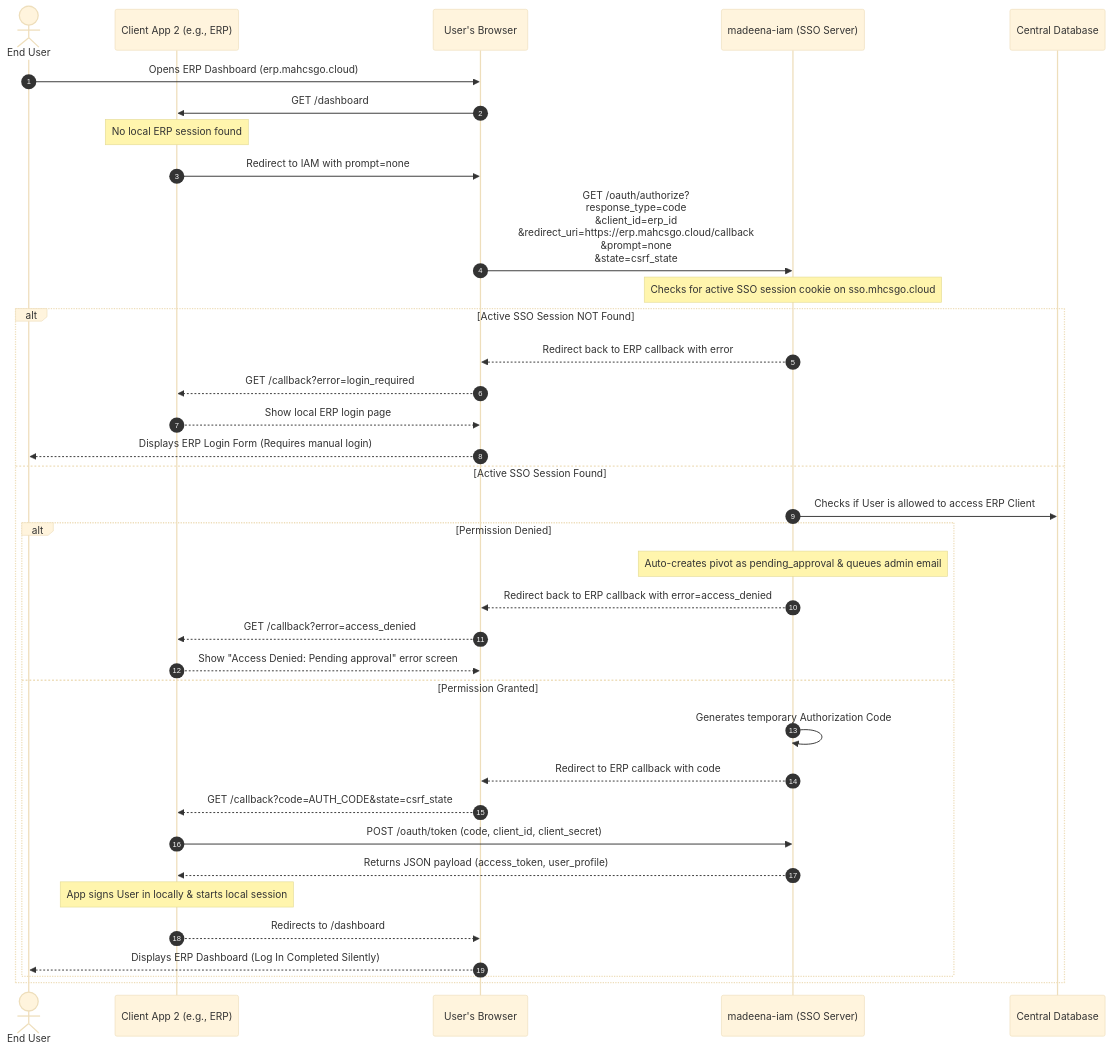
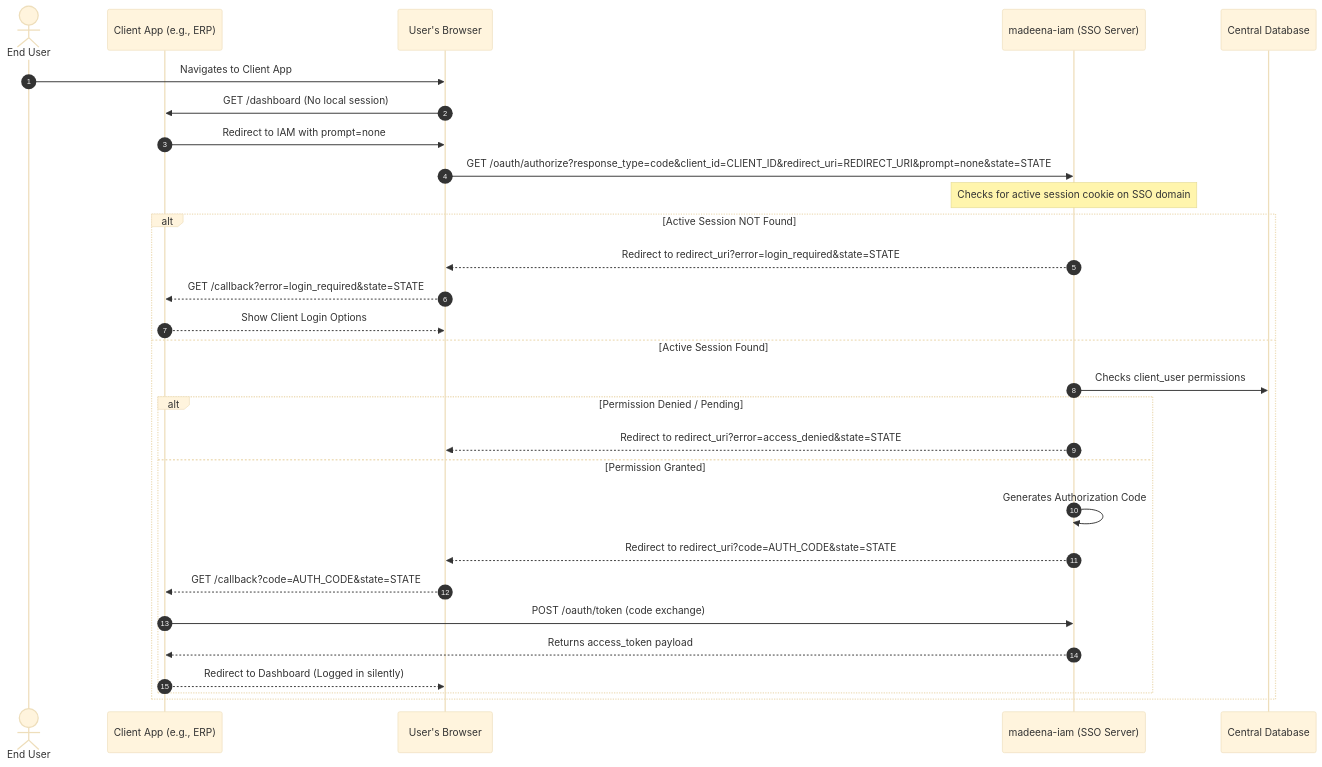
The second of 4 diagrams in docs/madeena_iam_prd.md (Madeena-software/madeena-iam), drawn with Mermaid (base theme) before and after one commit. The commit also changed other lines of this file and 3 other files, not shown here.

Commit message:
docs: reconcile product, repository, and production architecture

````diff
--- a/docs/madeena_iam_prd.md
+++ b/docs/madeena_iam_prd.md
@@ -205,45 +221,34 @@
 ```mermaid
 sequenceDiagram
     autonumber
     actor User as End User
-    participant App as Client App 2 (e.g., ERP)
+    participant App as Client App (e.g., ERP)
     participant Browser as User's Browser
     participant IAM as madeena-iam (SSO Server)
     participant DB as Central Database
 
-    User->>Browser: Opens ERP Dashboard (erp.mahcsgo.cloud)
-    Browser->>App: GET /dashboard
-    Note over App: No local ERP session found
+    User->>Browser: Navigates to Client App
+    Browser->>App: GET /dashboard (No local session)
+    App->>Browser: Redirect to IAM with prompt=none
+    Browser->>IAM: GET /oauth/authorize?response_type=code&client_id=CLIENT_ID&redirect_uri=REDIRECT_URI&prompt=none&state=STATE
 
-    %% Silent Authorization Redirect
-    App->>Browser: Redirect to IAM with prompt=none
-    Browser->>IAM: GET /oauth/authorize?<br>response_type=code<br>&client_id=erp_id<br>&redirect_uri=https://erp.mahcsgo.cloud/callback<br>&prompt=none<br>&state=csrf_state
-
-    Note over IAM: Checks for active SSO session cookie on sso.mhcsgo.cloud
+    Note over IAM: Checks for active session cookie on SSO domain
     
-    alt Active SSO Session NOT Found
-        IAM-->>Browser: Redirect back to ERP callback with error
-        Browser-->>App: GET /callback?error=login_required
-        App-->>Browser: Show local ERP login page
-        Browser-->>User: Displays ERP Login Form (Requires manual login)
-    else Active SSO Session Found
-        IAM->>DB: Checks if User is allowed to access ERP Client
-        alt Permission Denied
-            Note over IAM: Auto-creates pivot as pending_approval & queues admin email
-            IAM-->>Browser: Redirect back to ERP callback with error=access_denied
-            Browser-->>App: GET /callback?error=access_denied
-            App-->>Browser: Show "Access Denied: Pending approval" error screen
+    alt Active Session NOT Found
+        IAM-->>Browser: Redirect to redirect_uri?error=login_required&state=STATE
+        Browser-->>App: GET /callback?error=login_required&state=STATE
+        App-->>Browser: Show Client Login Options
+    else Active Session Found
+        IAM->>DB: Checks client_user permissions
+        alt Permission Denied / Pending
+            IAM-->>Browser: Redirect to redirect_uri?error=access_denied&state=STATE
         else Permission Granted
-            IAM->>IAM: Generates temporary Authorization Code
-            IAM-->>Browser: Redirect to ERP callback with code
-            Browser-->>App: GET /callback?code=AUTH_CODE&state=csrf_state
-            
-            %% Back-channel Token Exchange
-            App->>IAM: POST /oauth/token (code, client_id, client_secret)
-            IAM-->>App: Returns JSON payload (access_token, user_profile)
-            Note over App: App signs User in locally & starts local session
-            App-->>Browser: Redirects to /dashboard
-            Browser-->>User: Displays ERP Dashboard (Log In Completed Silently)
+            IAM->>IAM: Generates Authorization Code
+            IAM-->>Browser: Redirect to redirect_uri?code=AUTH_CODE&state=STATE
+            Browser-->>App: GET /callback?code=AUTH_CODE&state=STATE
+            App->>IAM: POST /oauth/token (code exchange)
+            IAM-->>App: Returns access_token payload
+            App-->>Browser: Redirect to Dashboard (Logged in silently)
         end
     end
 ```
````
